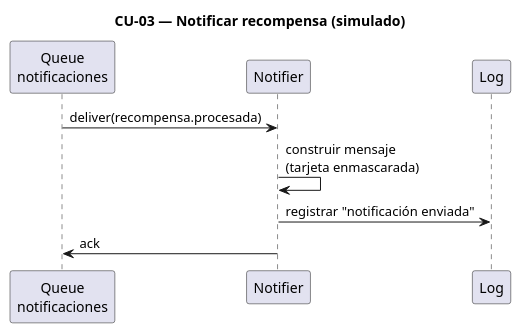
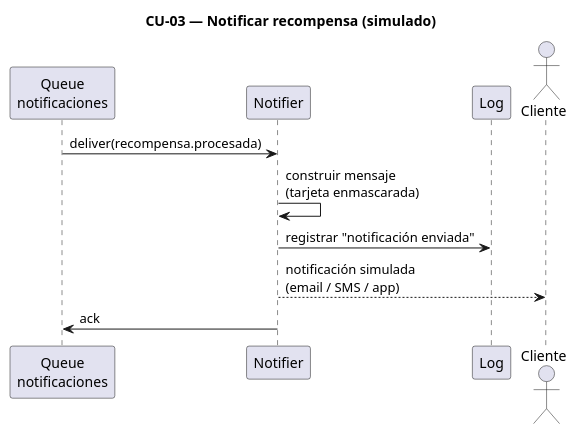
Before and after one commit to seo-onion/Lab8-Software: the fourth of 4 diagrams in DESIGN.md, drawn with PlantUML. The commit also changed other lines of this file, not shown here.

````diff
--- a/DESIGN.md
+++ b/DESIGN.md
@@ -238,13 +240,15 @@
 ```plantuml
 @startuml
 title CU-03 — Notificar recompensa (simulado)
 participant "Queue\nnotificaciones" as Q
 participant "Notifier" as N
 participant "Log" as Log
+actor "Cliente" as Cli
 
 Q -> N : deliver(recompensa.procesada)
 N -> N : construir mensaje\n(tarjeta enmascarada)
 N -> Log : registrar "notificación enviada"
+N --> Cli : notificación simulada\n(email / SMS / app)
 N -> Q : ack
 @enduml
 ```
````
